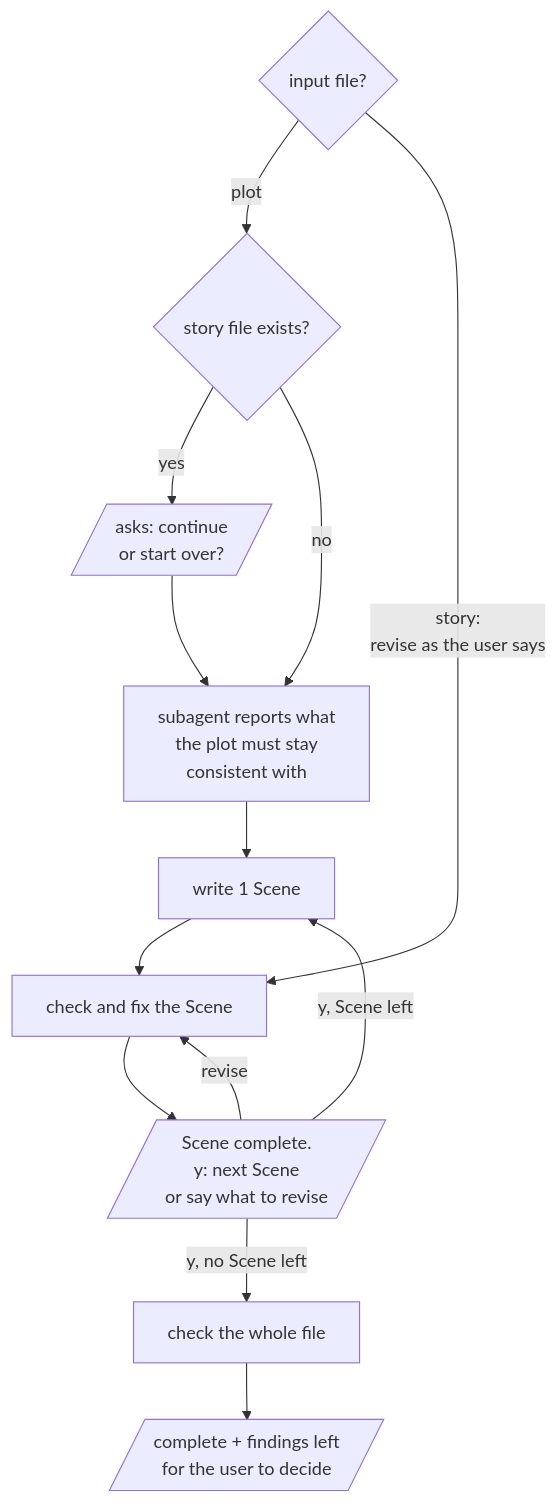
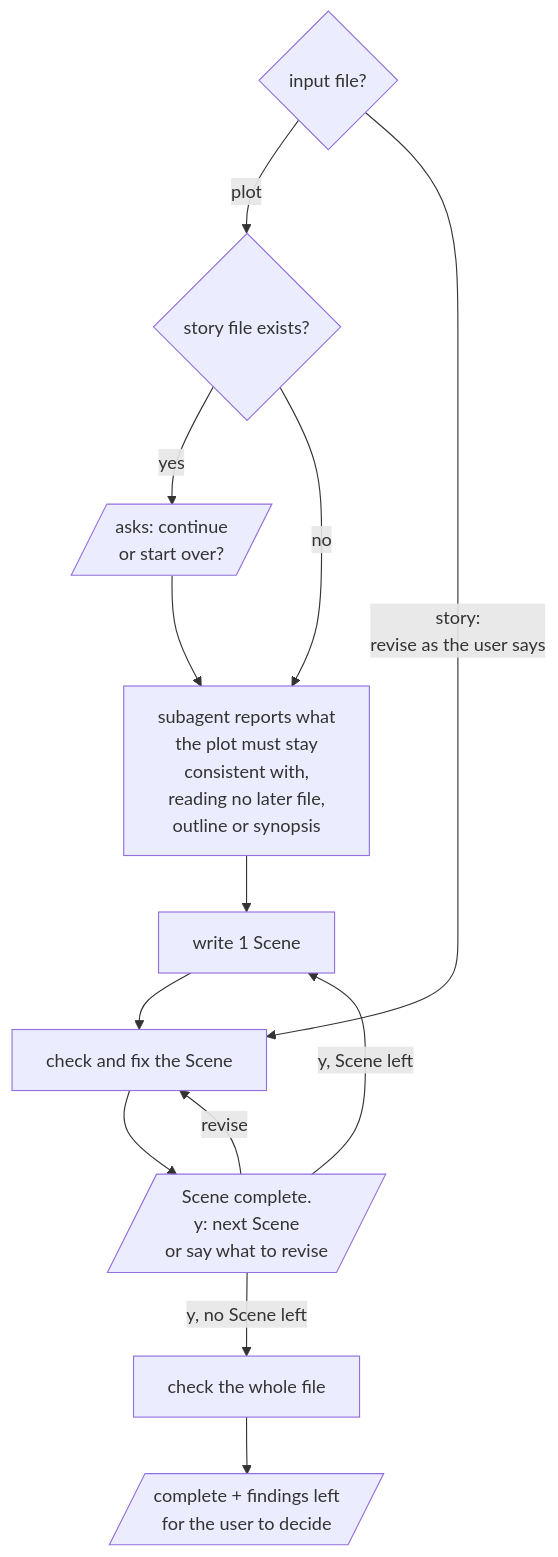
One commit to omni-stove/skill-kit changed the diagram in domains/story/skills/write/README.md. Above: the diagram before and after it, drawn with Mermaid. The commit also changed 24 other files, not shown here.

````diff
--- a/domains/story/skills/write/README.md
+++ b/domains/story/skills/write/README.md
@@ -7,16 +7,16 @@
 ```mermaid
 flowchart TD
   input{input file?}
   input -- "plot" --> exists{story file exists?}
   exists -- "yes" --> ask[/asks: continue<br/>or start over?/]
   exists -- "no" --> agent
-  ask --> agent[subagent reports what<br/>the plot must stay<br/>consistent with]
+  ask --> agent[subagent reports what<br/>the plot must stay<br/>consistent with,<br/>reading no later file,<br/>outline or synopsis]
   agent --> write[write 1 Scene]
   write --> check[check and fix the Scene]
   check --> reply[/"Scene complete.<br/>y: next Scene<br/>or say what to revise"/]
   reply -- "y, Scene left" --> write
   reply -- "y, no Scene left" --> final[check the whole file]
   final --> done[/"complete + findings left<br/>for the user to decide"/]
   reply -- "revise" --> check
   input -- "story:<br/>revise as the user says" --> check
 ```
````
